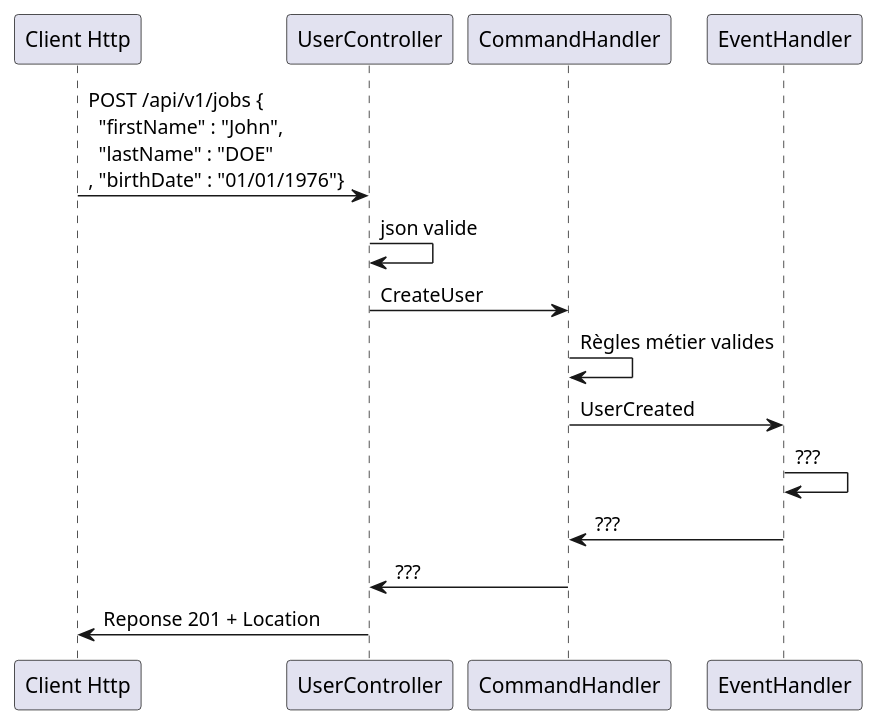
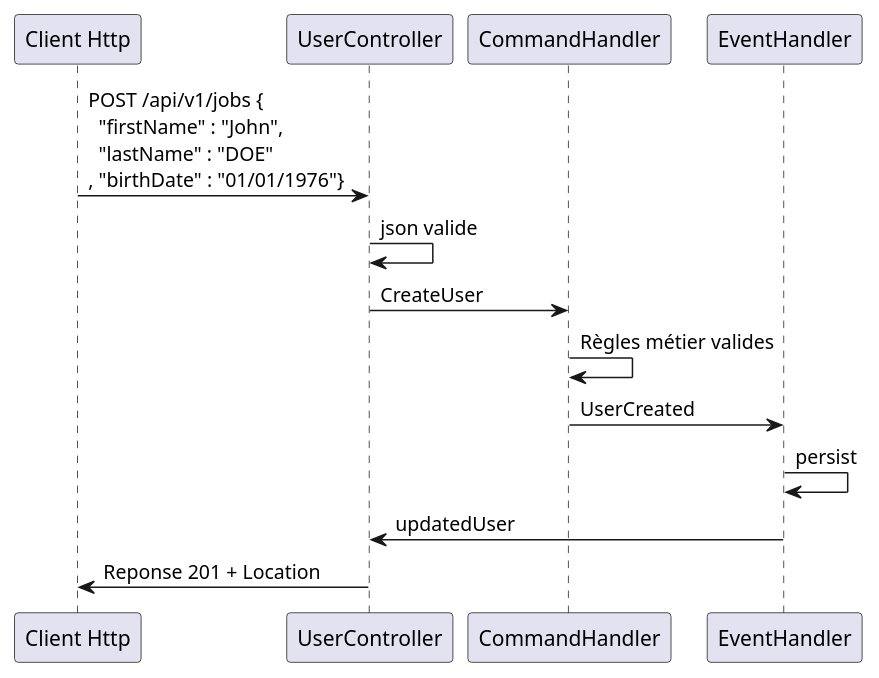
The diagram in schemas/3-from-http-to-command.puml (CQRSESCQFD/slides), drawn with PlantUML before and after one commit. The commit also changed 17 other files, not shown here.

```diff
--- a/schemas/3-from-http-to-command.puml
+++ b/schemas/3-from-http-to-command.puml
@@ -1,19 +1,18 @@
 @startuml
 
 participant "Client Http"
 participant UserController
 participant CommandHandler
 participant EventHandler
 
 "Client Http"-> UserController : POST /api/v1/jobs {\n  "firstName" : "John", \n  "lastName" : "DOE"\n, "birthDate" : "01/01/1976"}
 
 UserController->UserController : json valide
 UserController-> CommandHandler : CreateUser
 CommandHandler -> CommandHandler : Règles métier valides
 CommandHandler -> EventHandler : UserCreated
-EventHandler -> EventHandler : ???
-EventHandler -> CommandHandler : ???
-CommandHandler -> UserController : ???
+EventHandler -> EventHandler : persist
+EventHandler -> UserController : updatedUser
 UserController -> "Client Http" : Reponse 201 + Location
 
 @enduml
```
